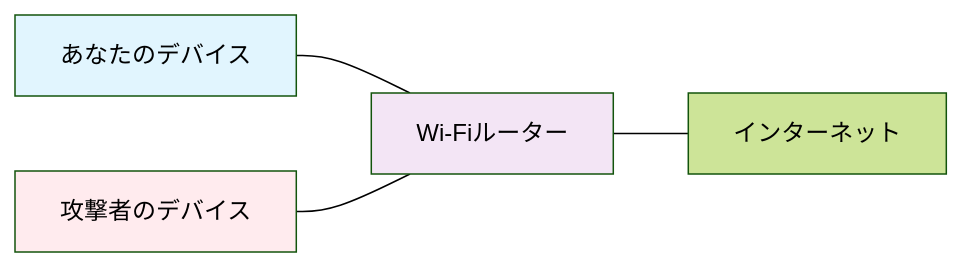
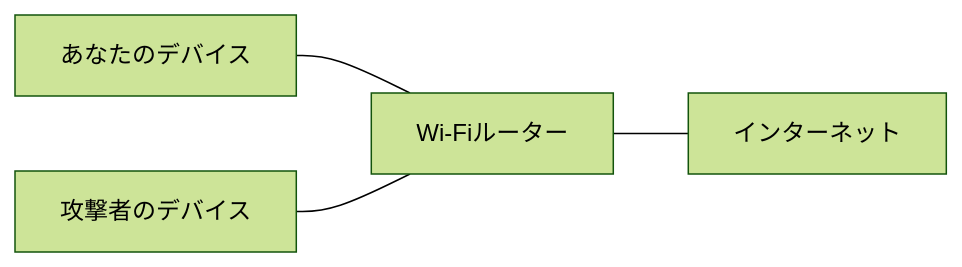
The fourth of 6 diagrams in articles/59e0d0ba6ca523.md (okaponta/okaponta-zenn), drawn with Mermaid (forest theme) before and after one commit. The commit also changed other lines of this file, not shown here.

````diff
--- a/articles/59e0d0ba6ca523.md
+++ b/articles/59e0d0ba6ca523.md
@@ -335,10 +304,6 @@
 ```mermaid
 graph LR
     A[あなたのデバイス] --- R[Wi-Fiルーター]
     B[攻撃者のデバイス] --- R
     R --- I[インターネット]
-    
-    style A fill:#e1f5fe
-    style B fill:#ffebee
-    style R fill:#f3e5f5
 ```
````
